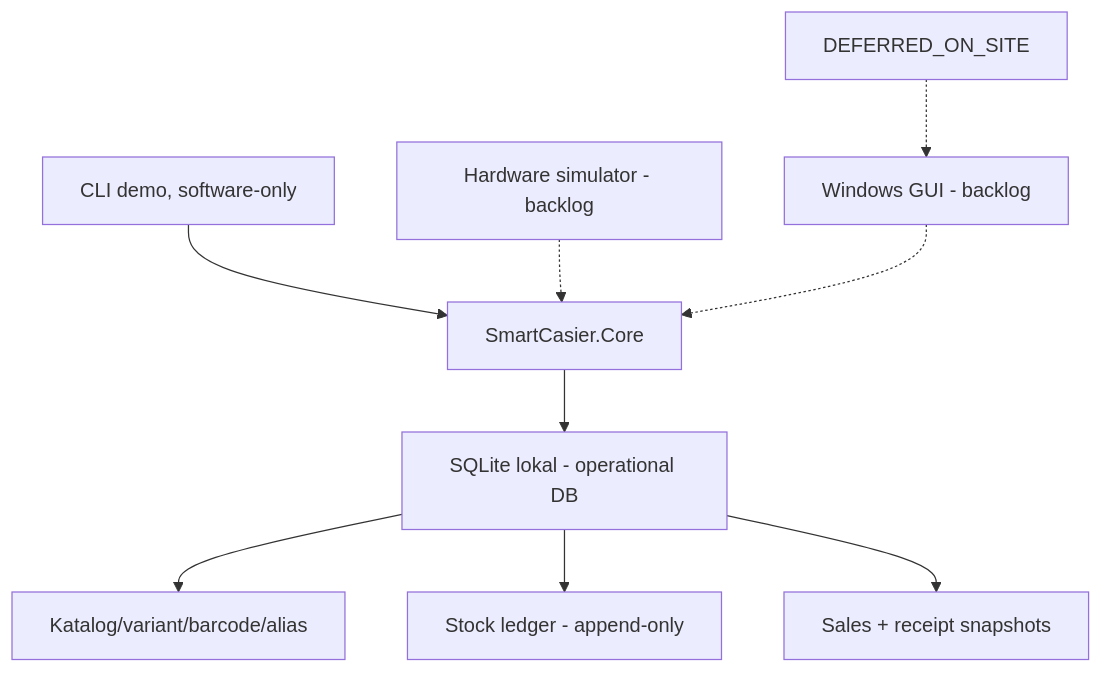
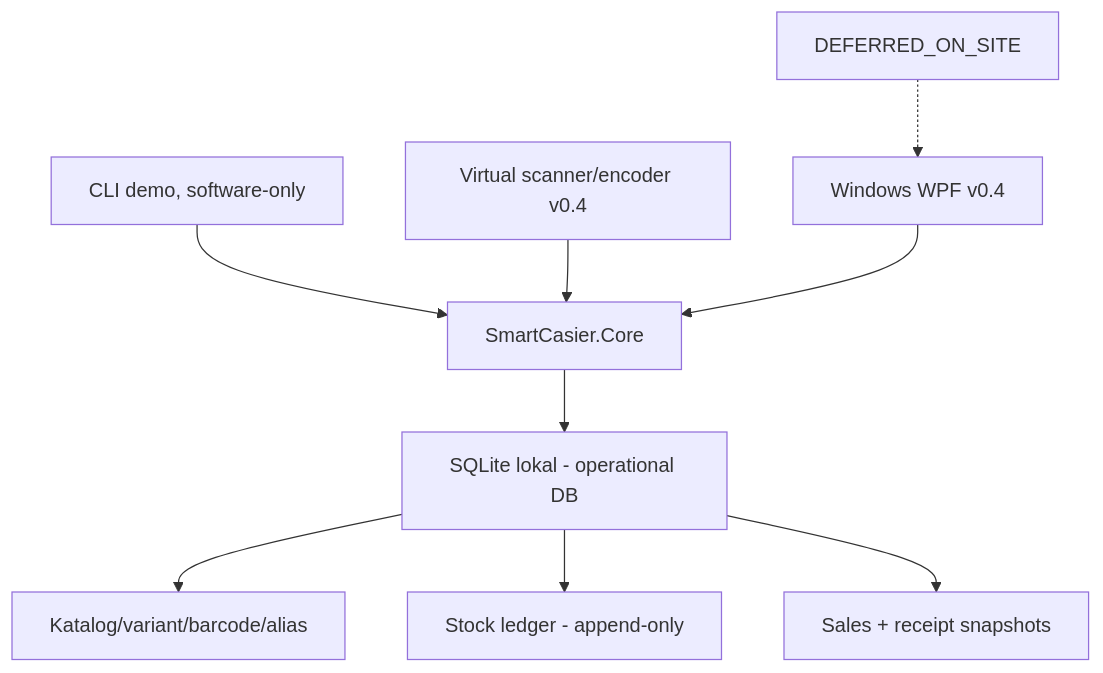
The diagram in docs/SOFTWARE_POS_CORE.md (Skyreaaa/smart-casier), drawn with Mermaid before and after one commit. The commit also changed other lines of this file and 3 other files, not shown here.

````diff
--- a/docs/SOFTWARE_POS_CORE.md
+++ b/docs/SOFTWARE_POS_CORE.md
@@ -37,11 +38,11 @@
 ```mermaid
 flowchart TD
   CLI[CLI demo, software-only] --> CORE[SmartCasier.Core]
   CORE --> SQL[SQLite lokal - operational DB]
   SQL --> CATALOG[Katalog/variant/barcode/alias]
   SQL --> LEDGER[Stock ledger - append-only]
   SQL --> SALES[Sales + receipt snapshots]
-  SIM[Hardware simulator - backlog] -.-> CORE
-  WPF[Windows GUI - backlog] -.-> CORE
+  SIM[Virtual scanner/encoder v0.4] --> CORE
+  WPF[Windows WPF v0.4] --> CORE
   ON_SITE[DEFERRED_ON_SITE] -.-> WPF
 ```
````
